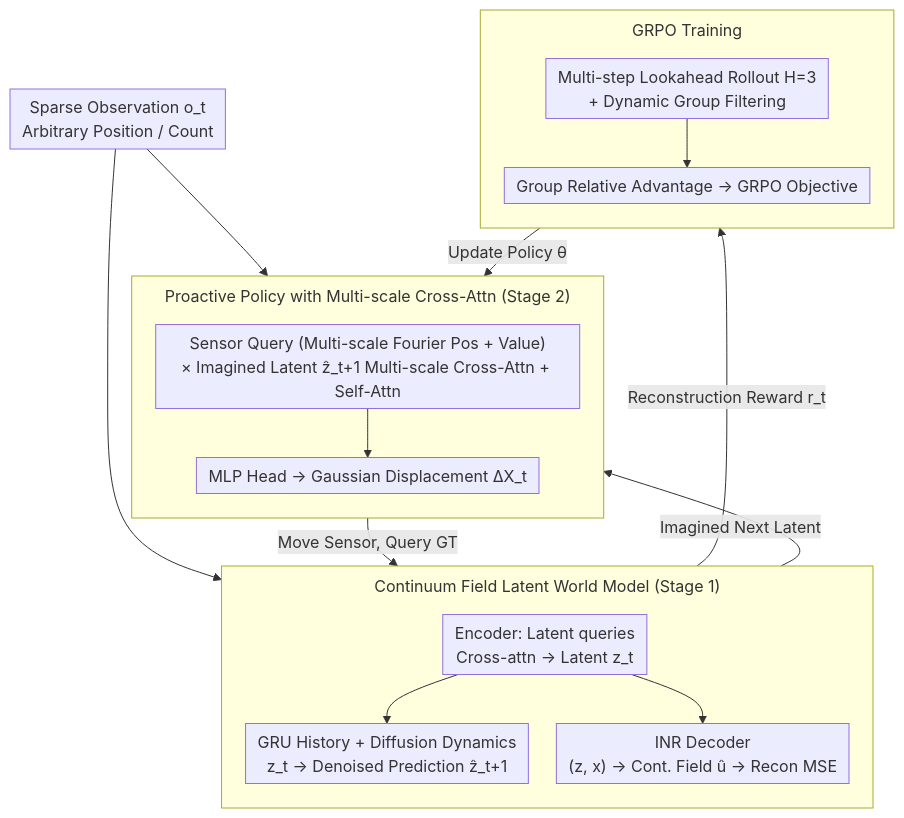
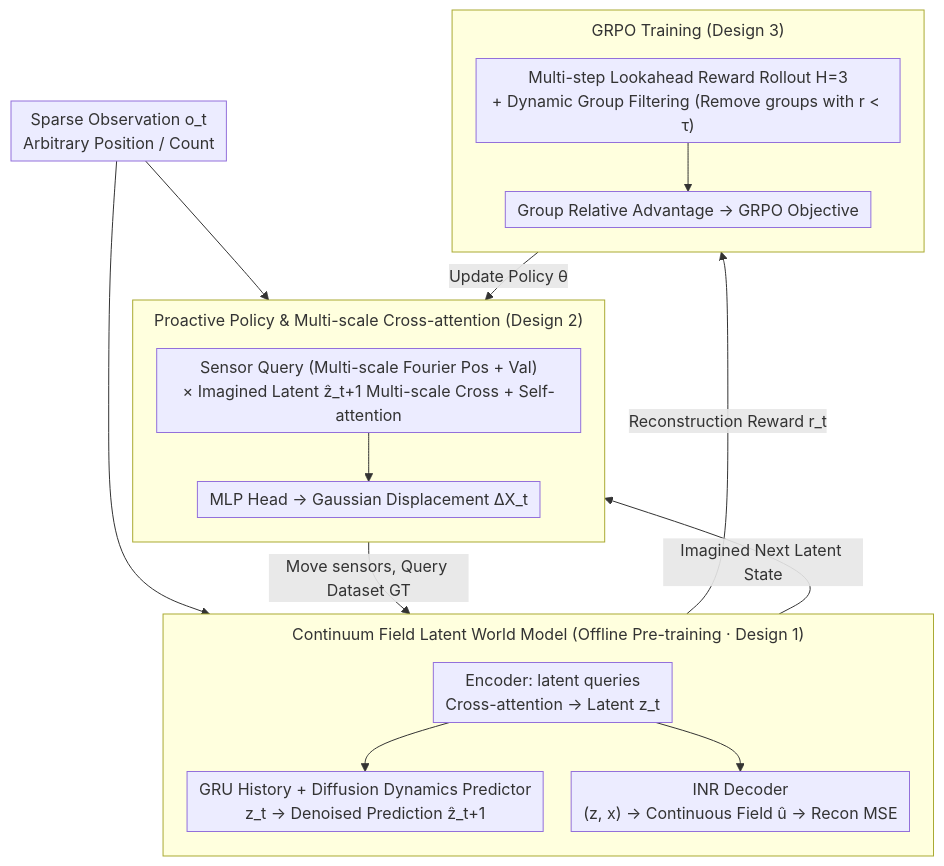
The diagram in docs/ICML2026/reinforcement_learning/laser_learning_active_sensing_for_continuum_field_reconstruction.md (zhaoyang97/Paper-Notes-en), drawn with Mermaid before and after one commit. The commit also changed other lines of this file and 5084 other files, not shown here.

````diff
--- a/docs/ICML2026/reinforcement_learning/laser_learning_active_sensing_for_continuum_field_reconstruction.md
+++ b/docs/ICML2026/reinforcement_learning/laser_learning_active_sensing_for_continuum_field_reconstruction.md
@@ -45,31 +45,31 @@
 ```mermaid
 %%{init: {'flowchart': {'rankSpacing': 24, 'nodeSpacing': 28, 'padding': 6, 'wrappingWidth': 400, 'subGraphTitleMargin': {'top': 8, 'bottom': 16}}}}%%
 flowchart TD
     O["Sparse Observation o_t<br/>Arbitrary Position / Count"]
-    subgraph WM["Continuum Field Latent World Model (Stage 1)"]
+    subgraph WM["Continuum Field Latent World Model (Offline Pre-training · Design 1)"]
         direction TB
-        ENC["Encoder: Latent queries<br/>Cross-attn → Latent z_t"]
-        DYN["GRU History + Diffusion Dynamics<br/>z_t → Denoised Prediction ẑ_t+1"]
-        DEC["INR Decoder<br/>(z, x) → Cont. Field û → Recon MSE"]
+        ENC["Encoder: latent queries<br/>Cross-attention → Latent z_t"]
+        DYN["GRU History + Diffusion Dynamics Predictor<br/>z_t → Denoised Prediction ẑ_t+1"]
+        DEC["INR Decoder<br/>(z, x) → Continuous Field û → Recon MSE"]
         ENC --> DYN
         ENC --> DEC
     end
     O --> ENC
-    subgraph POL["Proactive Policy with Multi-scale Cross-Attn (Stage 2)"]
+    subgraph POL["Proactive Policy & Multi-scale Cross-attention (Design 2)"]
         direction TB
-        XA["Sensor Query (Multi-scale Fourier Pos + Value)<br/>× Imagined Latent ẑ_t+1 Multi-scale Cross-Attn + Self-Attn"]
+        XA["Sensor Query (Multi-scale Fourier Pos + Val)<br/>× Imagined Latent ẑ_t+1 Multi-scale Cross + Self-attention"]
         HEAD["MLP Head → Gaussian Displacement ΔX_t"]
         XA --> HEAD
     end
-    DYN -->|Imagined Next Latent| XA
+    DYN -->|Imagined Next Latent State| XA
     O --> XA
-    HEAD -->|Move Sensor, Query GT| DEC
-    subgraph GR["GRPO Training"]
+    HEAD -->|Move sensors, Query Dataset GT| DEC
+    subgraph GR["GRPO Training (Design 3)"]
         direction TB
-        LOOK["Multi-step Lookahead Rollout H=3<br/>+ Dynamic Group Filtering"]
+        LOOK["Multi-step Lookahead Reward Rollout H=3<br/>+ Dynamic Group Filtering (Remove groups with r < τ)"]
         ADV["Group Relative Advantage → GRPO Objective"]
         LOOK --> ADV
     end
     DEC -->|Reconstruction Reward r_t| LOOK
     ADV -->|Update Policy θ| XA
 ```
````
